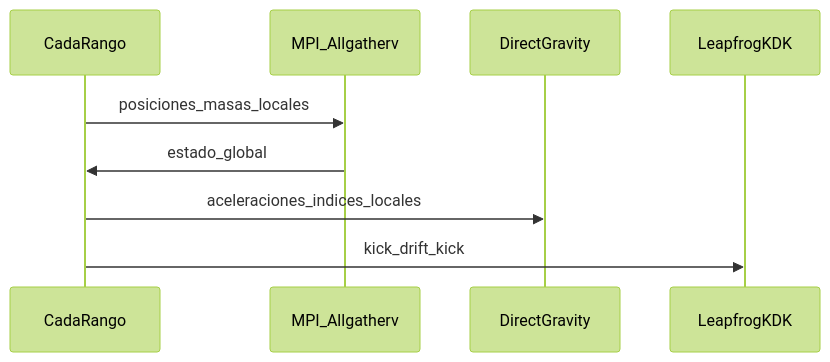
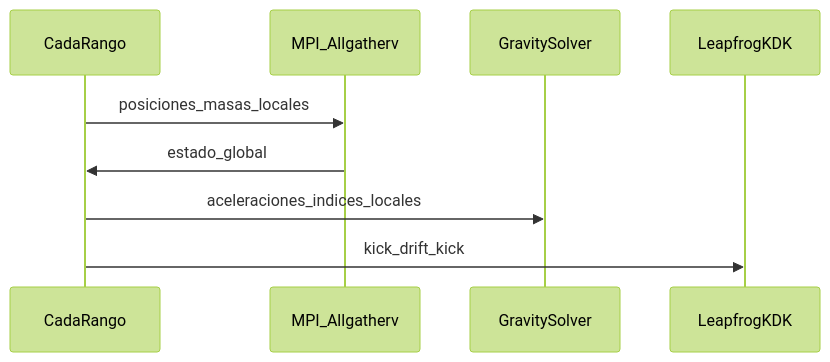
One commit to cavazquez/gadget-ng changed the diagram in docs/architecture.md. Above: the diagram before and after it, drawn with Mermaid (forest theme). The commit also changed other lines of this file and 35 other files, not shown here.

````diff
--- a/docs/architecture.md
+++ b/docs/architecture.md
@@ -36,11 +53,11 @@
 ```mermaid
 sequenceDiagram
   participant R as CadaRango
   participant MPI as MPI_Allgatherv
-  participant G as DirectGravity
+  participant G as GravitySolver
   participant L as LeapfrogKDK
   R->>MPI: posiciones_masas_locales
   MPI->>R: estado_global
   R->>G: aceleraciones_indices_locales
   R->>L: kick_drift_kick
 ```
````
